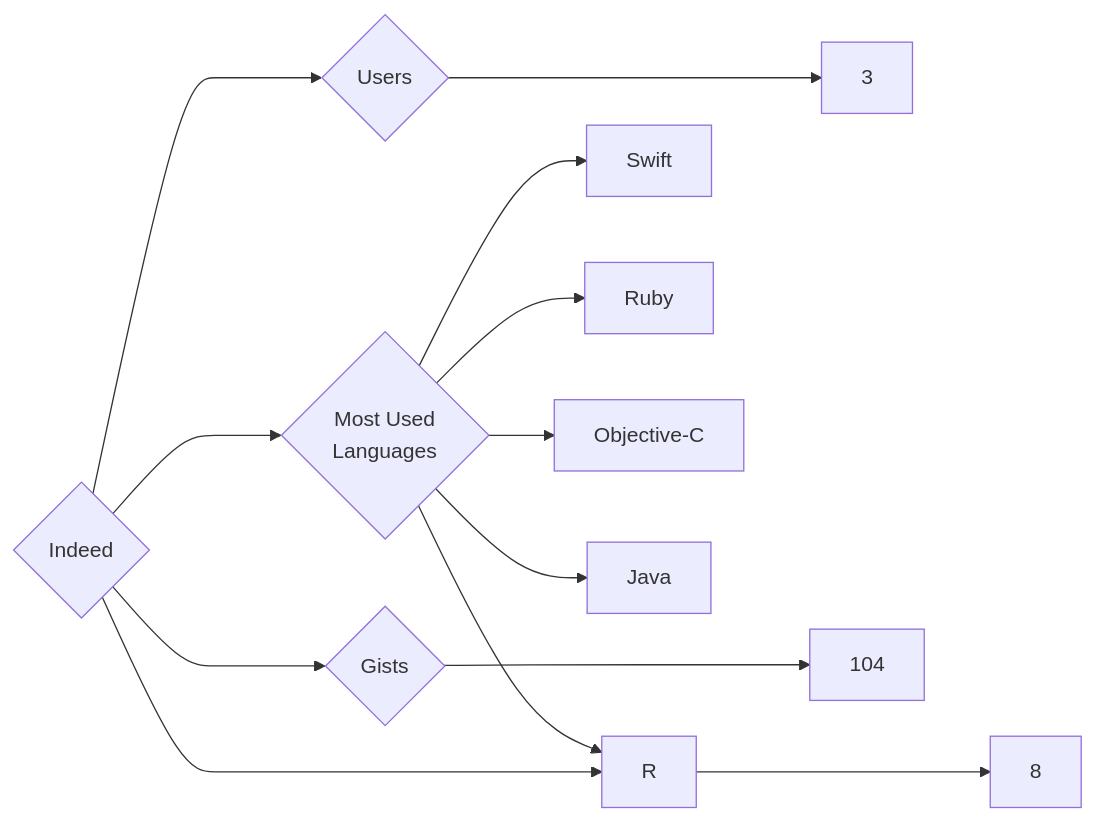
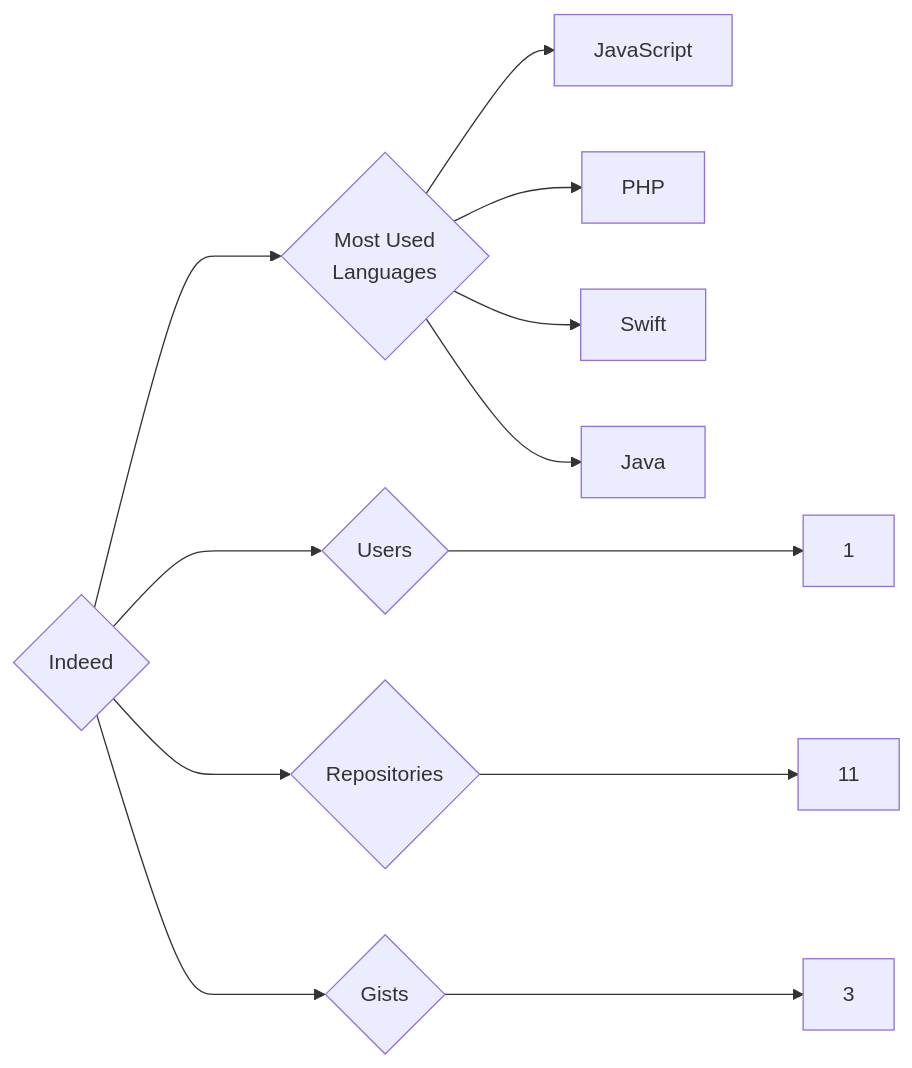
One commit to trickest/insiders changed the diagram in targets/Indeed/README.md. Above: the diagram before and after it, drawn with Mermaid. The commit also changed 1148 other files, not shown here.

````diff
--- a/targets/Indeed/README.md
+++ b/targets/Indeed/README.md
@@ -3,13 +3,12 @@
 ```mermaid
 graph LR
 COMPANY_NAME{Indeed}
-COMPANY_NAME ---> U{Users} ---> UN[3]
-COMPANY_NAME ---> R{Repositories} ---> RN[8]
-COMPANY_NAME ---> G{Gists} ---> GN[104]
+COMPANY_NAME ---> U{Users} ---> UN[1]
+COMPANY_NAME ---> R{Repositories} ---> RN[11]
+COMPANY_NAME ---> G{Gists} ---> GN[3]
 COMPANY_NAME ---> ML{Most Used<br>Languages}
+ML --> JavaScript[JavaScript]
+ML --> PHP[PHP]
 ML --> Swift[Swift]
-ML --> Ruby[Ruby]
-ML --> R[R]
-ML --> Objective-C[Objective-C]
 ML --> Java[Java]
 ```
````
